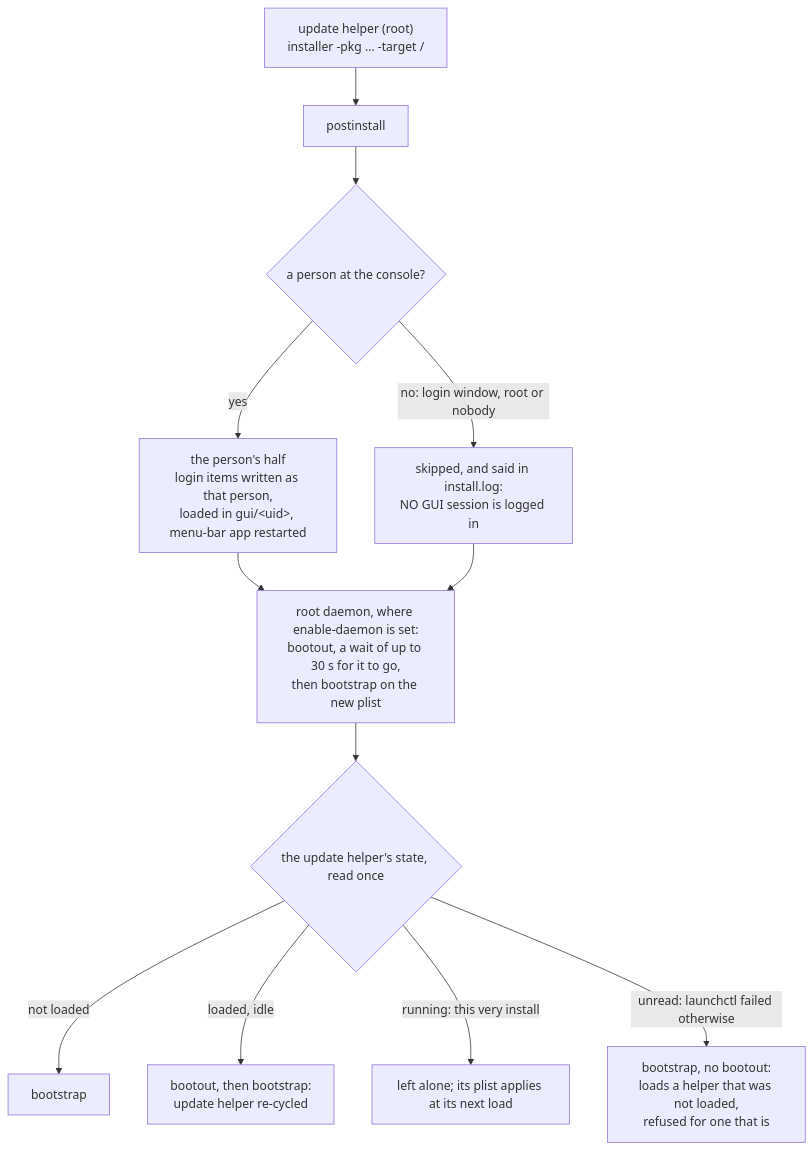
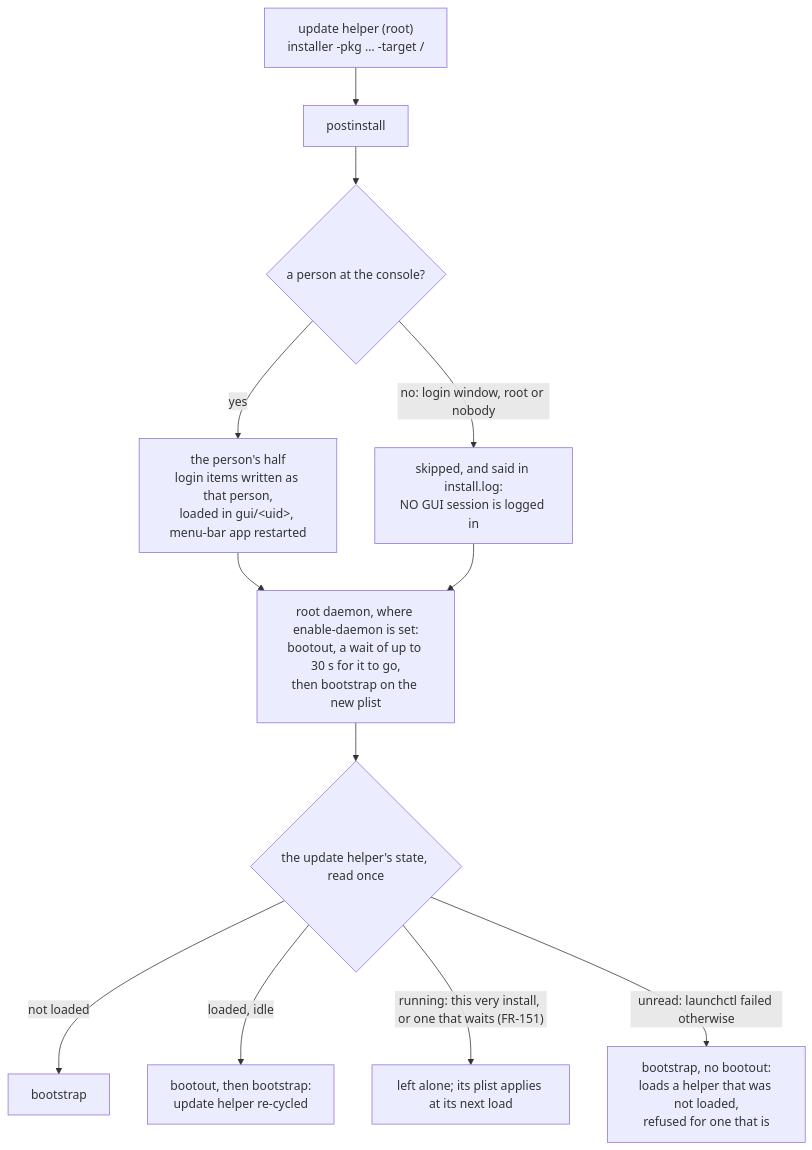
One commit to gjovanov/roomler-ai changed diagram 31 of 32 in docs/installation.md. Above: the diagram before and after it, drawn with Mermaid. The commit also changed other lines of this file and 7 other files, not shown here.

First line of the commit message:
docs(fr-151): the Mac's update gate in the install docs, the helper plist, the LocalAPI verbs and the field log (#4288)

````diff
--- a/docs/installation.md
+++ b/docs/installation.md
@@ -4043,14 +4143,14 @@
 ```mermaid
 flowchart TD
     H["update helper (root)<br/>installer -pkg … -target /"] --> P["postinstall"]
     P --> C{"a person at the console?"}
     C -- yes --> S["the person's half<br/>login items written as that person,<br/>loaded in gui/&lt;uid&gt;, menu-bar app restarted"]
     C -- "no: login window, root or nobody" --> N["skipped, and said in install.log:<br/>NO GUI session is logged in"]
     S --> D["root daemon, where enable-daemon is set:<br/>bootout, a wait of up to 30 s for it to go,<br/>then bootstrap on the new plist"]
     N --> D
     D --> U{"the update helper's state, read once"}
     U -- "not loaded" --> B["bootstrap"]
     U -- "loaded, idle" --> R["bootout, then bootstrap:<br/>update helper re-cycled"]
-    U -- "running: this very install" --> L["left alone; its plist applies at its next load"]
+    U -- "running: this very install, or one that waits (FR-151)" --> L["left alone; its plist applies at its next load"]
     U -- "unread: launchctl failed otherwise" --> X["bootstrap, no bootout:<br/>loads a helper that was not loaded,<br/>refused for one that is"]
 ```
````
